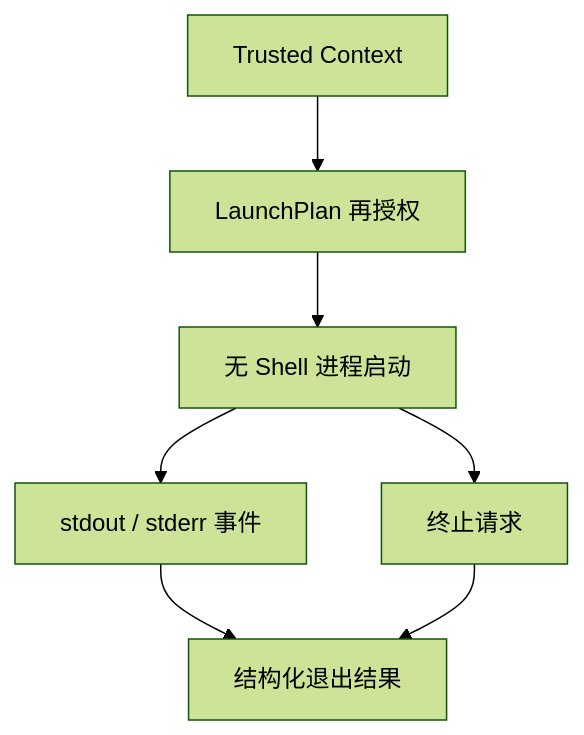
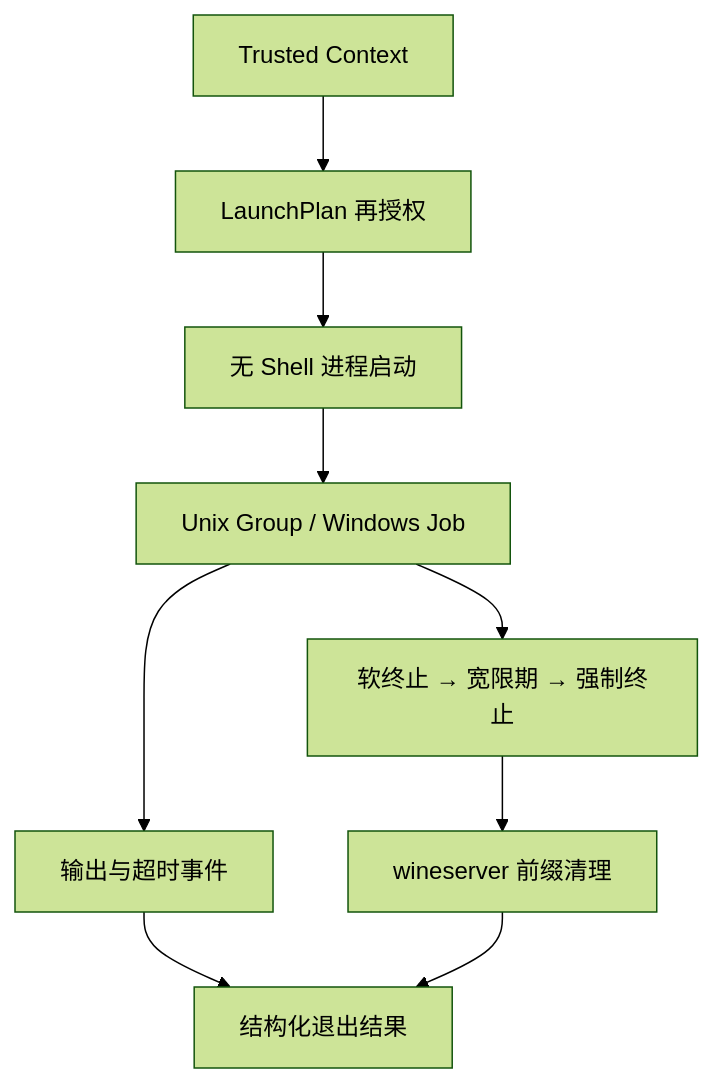
One commit to lcxinc/CompatForge changed the diagram in docs/implementation/phase-0-process-supervisor.md. Above: the diagram before and after it, drawn with Mermaid (forest theme). The commit also changed other lines of this file and 20 other files, not shown here.

````diff
--- a/docs/implementation/phase-0-process-supervisor.md
+++ b/docs/implementation/phase-0-process-supervisor.md
@@ -5,9 +5,11 @@
 ```mermaid
 flowchart TD
     A["Trusted Context"] --> B["LaunchPlan 再授权"]
     B --> C["无 Shell 进程启动"]
-    C --> D["stdout / stderr 事件"]
-    C --> E["终止请求"]
-    D --> F["结构化退出结果"]
-    E --> F
+    C --> D["Unix Group / Windows Job"]
+    D --> E["输出与超时事件"]
+    D --> F["软终止 → 宽限期 → 强制终止"]
+    F --> G["wineserver 前缀清理"]
+    E --> H["结构化退出结果"]
+    G --> H
 ```
````
